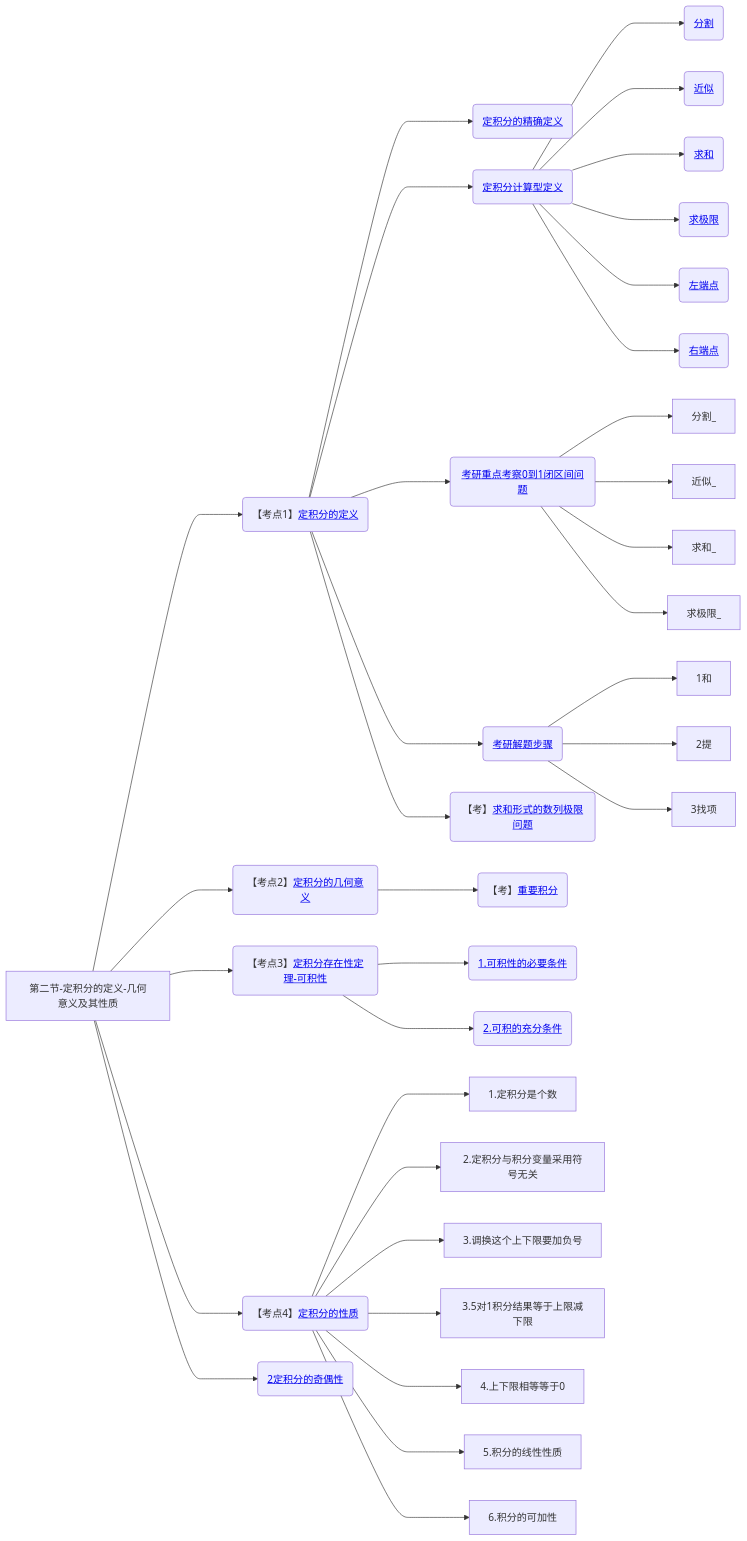
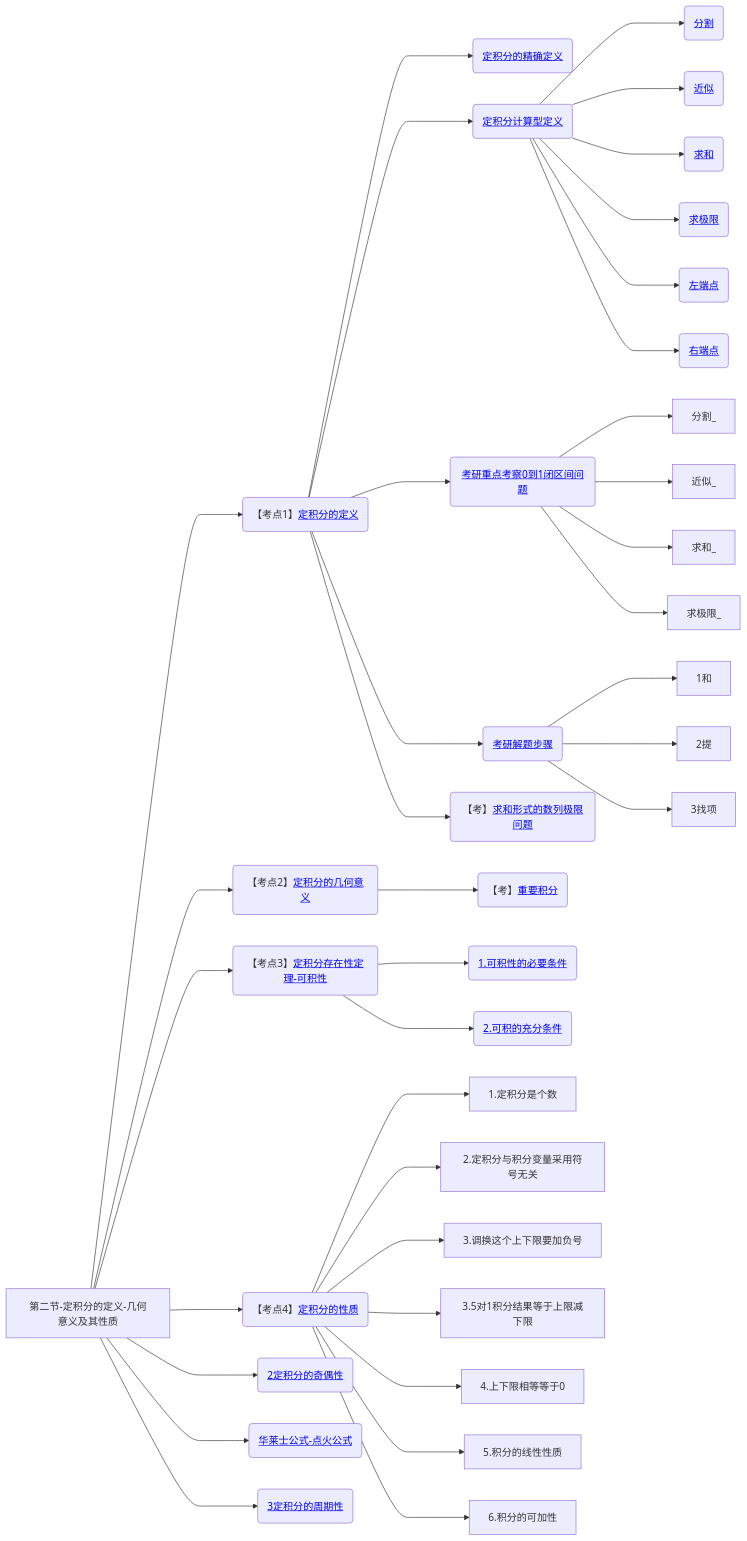
Before and after one commit to yuebinghui/note: diagram 19 of 19 in 笔记/数学/周洋鑫/01.基础班思维导图.md, drawn with Mermaid. The commit also changed 2 other files, not shown here.

Commit message:
Sun Dec 29 12:20:01 CST 2024

````diff
--- a/笔记/数学/周洋鑫/01.基础班思维导图.md
+++ b/笔记/数学/周洋鑫/01.基础班思维导图.md
@@ -694,51 +694,55 @@
 ```mermaid
 graph LR
 第二节-定积分的定义-几何意义及其性质
 
 第二节-定积分的定义-几何意义及其性质--->定积分的定义(【考点1】<a href="/Users/yuebinghui/Documents/program/github/note/笔记/数学/周洋鑫/基础班/21.定积分的定义_1.md#定积分的定义">定积分的定义</>)
 
 定积分的定义--->定积分的精确定义(<a href="/Users/yuebinghui/Documents/program/github/note/笔记/数学/周洋鑫/基础班/21.定积分的定义_1.md#定积分的精确定义">定积分的精确定义</>)
 定积分的精确定义
 定积分的定义--->定积分计算型定义(<a href="/Users/yuebinghui/Documents/program/github/note/笔记/数学/周洋鑫/基础班/21.定积分的定义_1.md#定积分计算型定义">定积分计算型定义</>)
 定积分计算型定义--->分割(<a href="/Users/yuebinghui/Documents/program/github/note/笔记/数学/周洋鑫/基础班/21.定积分的定义_1.md#分割">分割</>)
 定积分计算型定义--->近似(<a href="/Users/yuebinghui/Documents/program/github/note/笔记/数学/周洋鑫/基础班/21.定积分的定义_1.md#近似">近似</>)
 定积分计算型定义--->求和(<a href="/Users/yuebinghui/Documents/program/github/note/笔记/数学/周洋鑫/基础班/21.定积分的定义_1.md#求和">求和</>)
 定积分计算型定义--->求极限(<a href="/Users/yuebinghui/Documents/program/github/note/笔记/数学/周洋鑫/基础班/21.定积分的定义_1.md#求极限">求极限</>)
 定积分计算型定义--->左端点(<a href="/Users/yuebinghui/Documents/program/github/note/笔记/数学/周洋鑫/基础班/21.定积分的定义_1.md#左端点">左端点</>)
 定积分计算型定义--->右端点(<a href="/Users/yuebinghui/Documents/program/github/note/笔记/数学/周洋鑫/基础班/21.定积分的定义_1.md#右端点">右端点</>)
 
 定积分的定义--->考研重点考察0到1闭区间问题(<a href="/Users/yuebinghui/Documents/program/github/note/笔记/数学/周洋鑫/基础班/21.定积分的定义_1.md#考研重点考察0到1闭区间问题">考研重点考察0到1闭区间问题</>)
 考研重点考察0到1闭区间问题--->分割_
 考研重点考察0到1闭区间问题--->近似_
 考研重点考察0到1闭区间问题--->求和_
 考研重点考察0到1闭区间问题--->求极限_
 
 定积分的定义--->考研解题步骤(<a href="/Users/yuebinghui/Documents/program/github/note/笔记/数学/周洋鑫/基础班/21.定积分的定义_1.md#考研解题步骤">考研解题步骤</>)
 考研解题步骤--->1和
 考研解题步骤--->2提
 考研解题步骤--->3找项
 
 定积分的定义--->求和形式的数列极限问题(【考】<a href="/Users/yuebinghui/Documents/program/github/note/笔记/数学/周洋鑫/基础班/21.定积分的定义_1.md#求和形式的数列极限问题">求和形式的数列极限问题</>)
 
 第二节-定积分的定义-几何意义及其性质--->定积分的几何意义(【考点2】<a href="/Users/yuebinghui/Documents/program/github/note/笔记/数学/周洋鑫/基础班/21.定积分的定义_1.md#定积分的几何意义">定积分的几何意义</>)
 定积分的几何意义--->重要积分(【考】<a href="/Users/yuebinghui/Documents/program/github/note/笔记/数学/周洋鑫/基础班/21.定积分的定义_1.md#重要积分">重要积分</>)
 
 第二节-定积分的定义-几何意义及其性质--->定积分存在性定理-可积性(【考点3】<a href="/Users/yuebinghui/Documents/program/github/note/笔记/数学/周洋鑫/基础班/21.定积分的定义_1.md#定积分存在性定理-可积性">定积分存在性定理-可积性</>)
 定积分存在性定理-可积性--->1.可积性的必要条件(<a href="/Users/yuebinghui/Documents/program/github/note/笔记/数学/周洋鑫/基础班/21.定积分的定义_1.md#1.可积性的必要条件">1.可积性的必要条件</>)
 定积分存在性定理-可积性--->2.可积的充分条件(<a href="/Users/yuebinghui/Documents/program/github/note/笔记/数学/周洋鑫/基础班/21.定积分的定义_1.md#2.可积的充分条件">2.可积的充分条件</>)
 
 
 第二节-定积分的定义-几何意义及其性质--->定积分的性质(【考点4】<a href="/Users/yuebinghui/Documents/program/github/note/笔记/数学/周洋鑫/基础班/21.定积分的定义_1.md#定积分的性质">定积分的性质</>)
 
 定积分的性质--->1.定积分是个数
 定积分的性质--->2.定积分与积分变量采用符号无关
 定积分的性质--->3.调换这个上下限要加负号
 定积分的性质--->3.5对1积分结果等于上限减下限
 定积分的性质--->4.上下限相等等于0
 定积分的性质--->5.积分的线性性质
 定积分的性质--->6.积分的可加性
 
 第二节-定积分的定义-几何意义及其性质--->2定积分的奇偶性(<a href="/Users/yuebinghui/Documents/program/github/note/笔记/数学/周洋鑫/基础班/21.定积分的定义_1.md#2定积分的奇偶性">2定积分的奇偶性</>)
 
+第二节-定积分的定义-几何意义及其性质--->华莱士公式-点火公式(<a href="/Users/yuebinghui/Documents/program/github/note/笔记/数学/周洋鑫/基础班/21.定积分的定义_1.md#华莱士公式-点火公式">华莱士公式-点火公式</>)
+
+第二节-定积分的定义-几何意义及其性质--->3定积分的周期性(<a href="/Users/yuebinghui/Documents/program/github/note/笔记/数学/周洋鑫/基础班/21.定积分的定义_1.md#3定积分的周期性">3定积分的周期性</>)
+
 
 ```
````
